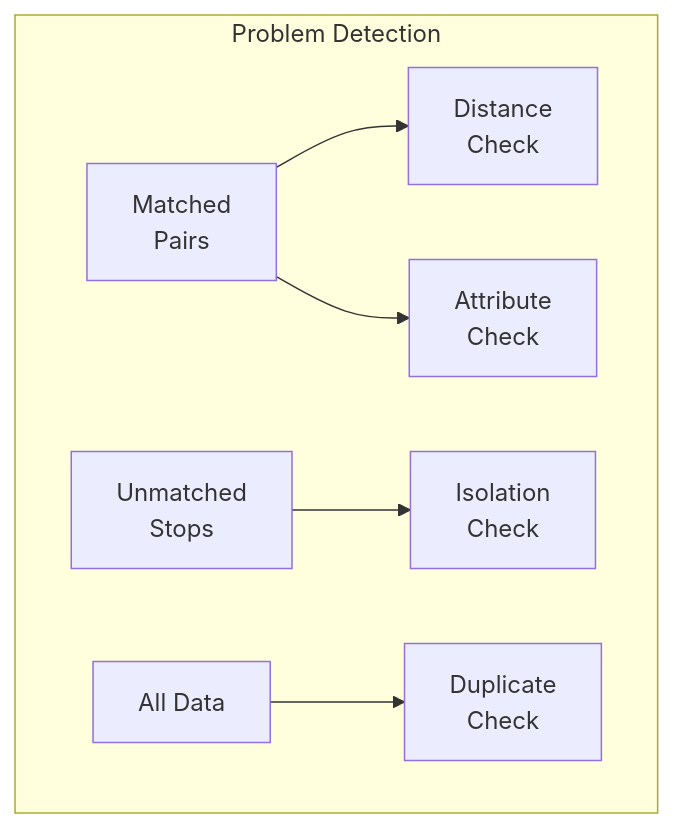
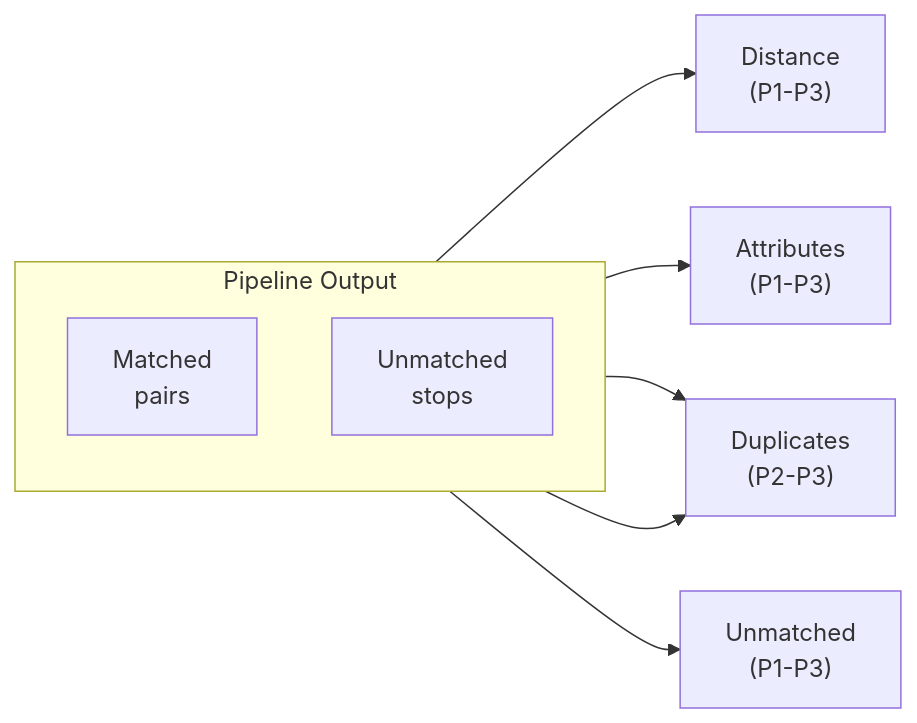
The diagram in documentation/3. Problems.md (openTdataCH/stop_sync_osm_atlas), drawn with Mermaid before and after one commit. The commit also changed other lines of this file and 11 other files, not shown here.

````diff
--- a/documentation/3. Problems.md
+++ b/documentation/3. Problems.md
@@ -7,11 +7,14 @@
 ```mermaid
-flowchart TB
-    subgraph Detection["Problem Detection"]
-        direction LR
-        M["Matched<br/>Pairs"] --> D["Distance<br/>Check"]
-        M --> A["Attribute<br/>Check"]
-        U["Unmatched<br/>Stops"] --> I["Isolation<br/>Check"]
-        All["All Data"] --> DUP["Duplicate<br/>Check"]
+flowchart LR
+    subgraph Input["Pipeline Output"]
+        direction TB
+        M["Matched<br/>pairs"]
+        U["Unmatched<br/>stops"]
     end
-    
+
+    M --> D["Distance<br/>(P1-P3)"]
+    M --> A["Attributes<br/>(P1-P3)"]
+    M --> DUP["Duplicates<br/>(P2-P3)"]
+    U --> ISO["Unmatched<br/>(P1-P3)"]
+    U --> DUP
 ```
````
